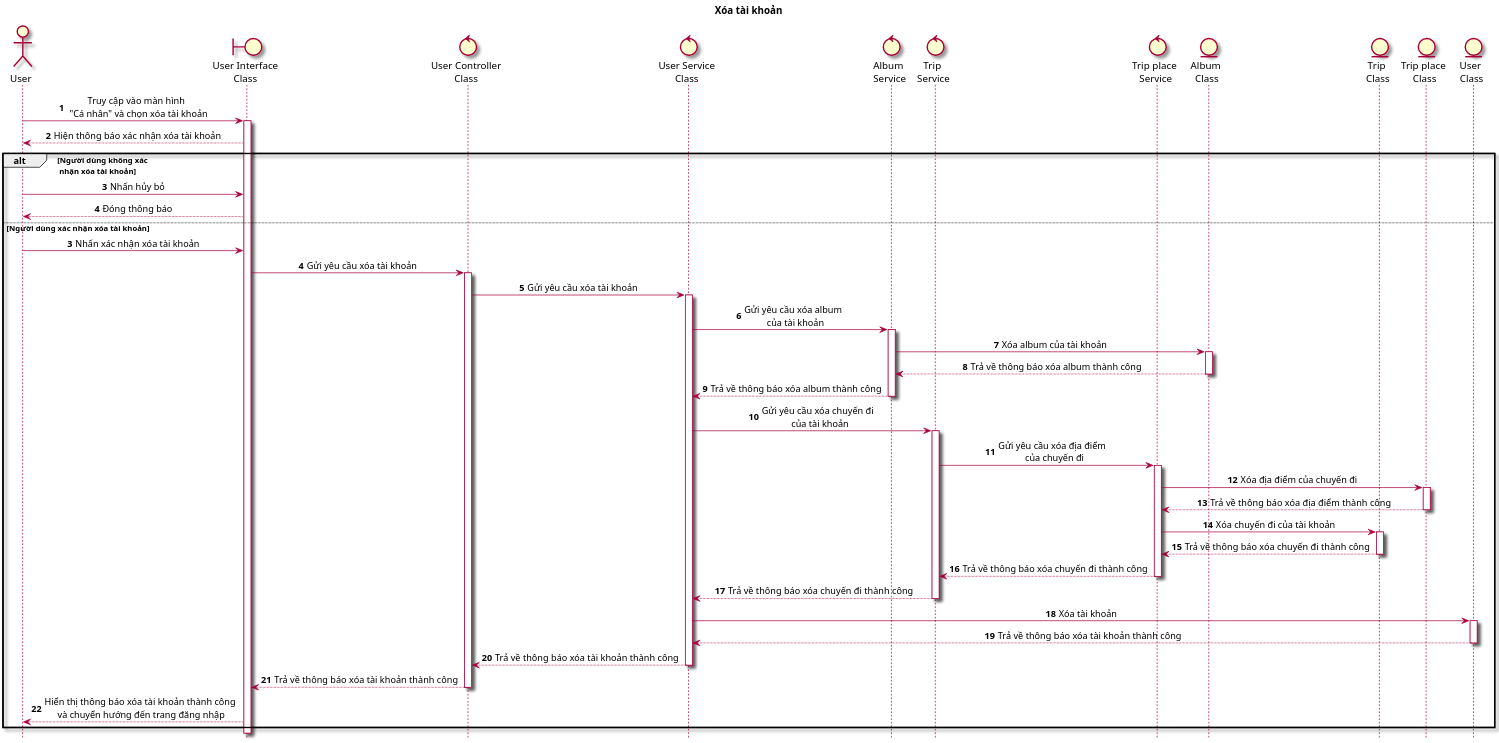
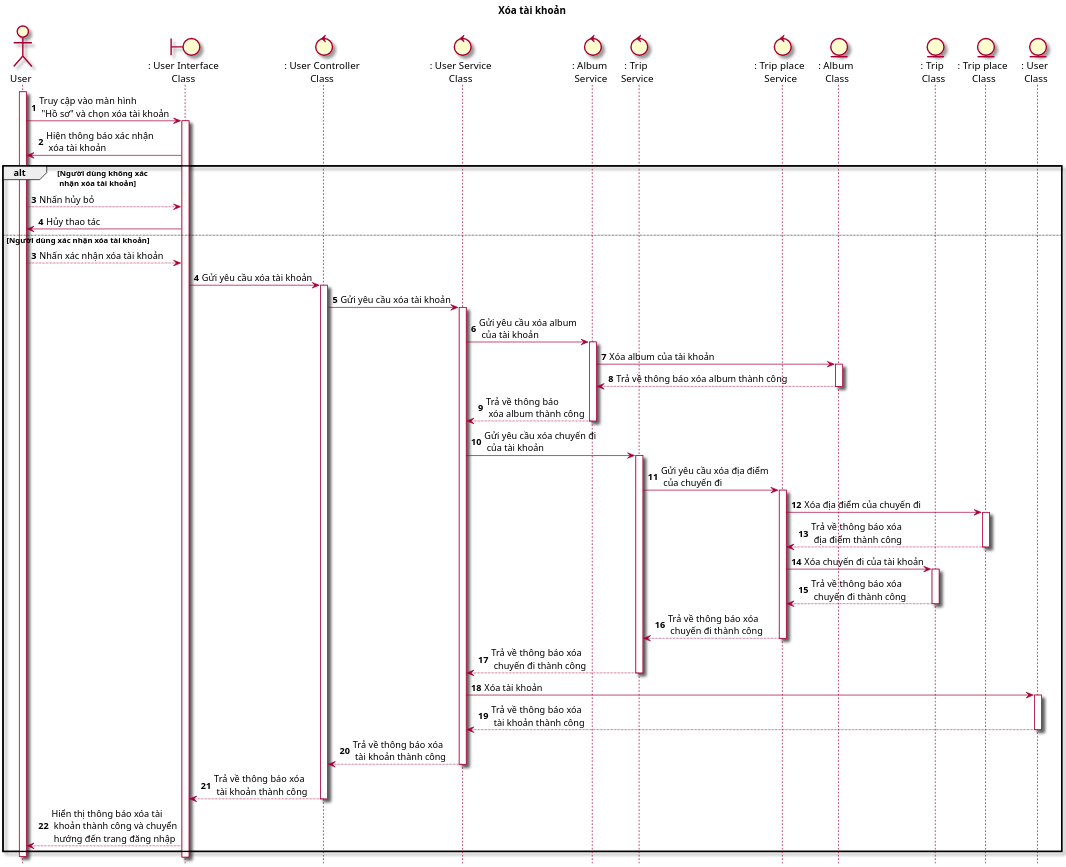
Before and after one commit to Griselda4774/WanderFun_Diagram: the diagram in Sequence/SEQ05_DeleteAccount.puml, drawn with PlantUML. The commit also changed 16 other files, not shown here.

Commit message:
Reformatting all Seq Diagram

```diff
--- a/Sequence/SEQ05_DeleteAccount.puml
+++ b/Sequence/SEQ05_DeleteAccount.puml
@@ -1,73 +1,74 @@
 @startuml SEQ05_DeleteAccount
 
     title: Xóa tài khoản
 
     skin rose
     scale 2
-    skinparam sequenceMessageAlign center
     hide footbox
 
     autonumber
 
     actor "User" as user
-    boundary "User Interface\nClass" as ui
-    control "User Controller\nClass" as ctr
-    control "User Service\nClass" as userSv
-    control "Album \nService" as albumSv
-    control "Trip \nService" as tripSv
-    control "Trip place \nService" as tripPlaceSv
-    entity "Album \nClass" as albumEnt
-    entity "Trip \nClass" as tripEnt
-    entity "Trip place \nClass" as tripPlaceEnt
-    entity "User \nClass" as userEnt
+    boundary ": User Interface\nClass" as ui
+    control ": User Controller\nClass" as ctr
+    control ": User Service\nClass" as userSv
+    control ": Album \nService" as albumSv
+    control ": Trip \nService" as tripSv
+    control ": Trip place \nService" as tripPlaceSv
+    entity ": Album \nClass" as albumEnt
+    entity ": Trip \nClass" as tripEnt
+    entity ": Trip place \nClass" as tripPlaceEnt
+    entity ": User \nClass" as userEnt
 
-    user -> ui: Truy cập vào màn hình \n "Cá nhân" và chọn xóa tài khoản
+    user ++
+    user -> ui: Truy cập vào màn hình \n "Hồ sơ" và chọn xóa tài khoản
     ui ++
-    ui --> user: Hiện thông báo xác nhận xóa tài khoản
+    ui -> user: Hiện thông báo xác nhận\n xóa tài khoản
     alt Người dùng không xác \n nhận xóa tài khoản
-        user -> ui: Nhấn hủy bỏ
-        ui --> user: Đóng thông báo
+        user --> ui: Nhấn hủy bỏ
+        ui -> user: Hủy thao tác
     else Người dùng xác nhận xóa tài khoản
 
         autonumber 3
         
-        user -> ui: Nhấn xác nhận xóa tài khoản
+        user --> ui: Nhấn xác nhận xóa tài khoản
         ui -> ctr: Gửi yêu cầu xóa tài khoản
         ctr ++
         ctr -> userSv: Gửi yêu cầu xóa tài khoản
         userSv ++
         userSv -> albumSv: Gửi yêu cầu xóa album \n của tài khoản
         albumSv ++
         albumSv -> albumEnt: Xóa album của tài khoản
         albumEnt ++
         albumEnt --> albumSv: Trả về thông báo xóa album thành công
         albumEnt --
-        albumSv --> userSv: Trả về thông báo xóa album thành công
+        albumSv --> userSv: Trả về thông báo\n xóa album thành công
         albumSv --
         userSv -> tripSv: Gửi yêu cầu xóa chuyến đi \n của tài khoản
         tripSv ++
         tripSv -> tripPlaceSv: Gửi yêu cầu xóa địa điểm \n của chuyến đi
         tripPlaceSv ++
         tripPlaceSv -> tripPlaceEnt: Xóa địa điểm của chuyến đi
         tripPlaceEnt ++
-        tripPlaceEnt --> tripPlaceSv: Trả về thông báo xóa địa điểm thành công
+        tripPlaceEnt --> tripPlaceSv: Trả về thông báo xóa\n địa điểm thành công
         tripPlaceEnt --
         tripPlaceSv -> tripEnt: Xóa chuyến đi của tài khoản
         tripEnt ++
-        tripEnt --> tripPlaceSv: Trả về thông báo xóa chuyến đi thành công
+        tripEnt --> tripPlaceSv: Trả về thông báo xóa\n chuyến đi thành công
         tripEnt --
-        tripPlaceSv --> tripSv: Trả về thông báo xóa chuyến đi thành công
+        tripPlaceSv --> tripSv: Trả về thông báo xóa\n chuyến đi thành công
         tripPlaceSv --
-        tripSv --> userSv: Trả về thông báo xóa chuyến đi thành công
+        tripSv --> userSv: Trả về thông báo xóa\n chuyến đi thành công
         tripSv --
         userSv -> userEnt: Xóa tài khoản
         userEnt ++
-        userEnt --> userSv: Trả về thông báo xóa tài khoản thành công
+        userEnt --> userSv: Trả về thông báo xóa\n tài khoản thành công
         userEnt --
-        userSv --> ctr: Trả về thông báo xóa tài khoản thành công
+        userSv --> ctr: Trả về thông báo xóa\n tài khoản thành công
         userSv --
-        ctr --> ui: Trả về thông báo xóa tài khoản thành công
+        ctr --> ui: Trả về thông báo xóa\n tài khoản thành công
         ctr--
-        ui --> user: Hiển thị thông báo xóa tài khoản thành công\n và chuyển hướng đến trang đăng nhập
-        end
+        ui --> user: Hiển thị thông báo xóa tài\n khoản thành công và chuyển\n hướng đến trang đăng nhập
+    end
+    user --
 @enduml
```
